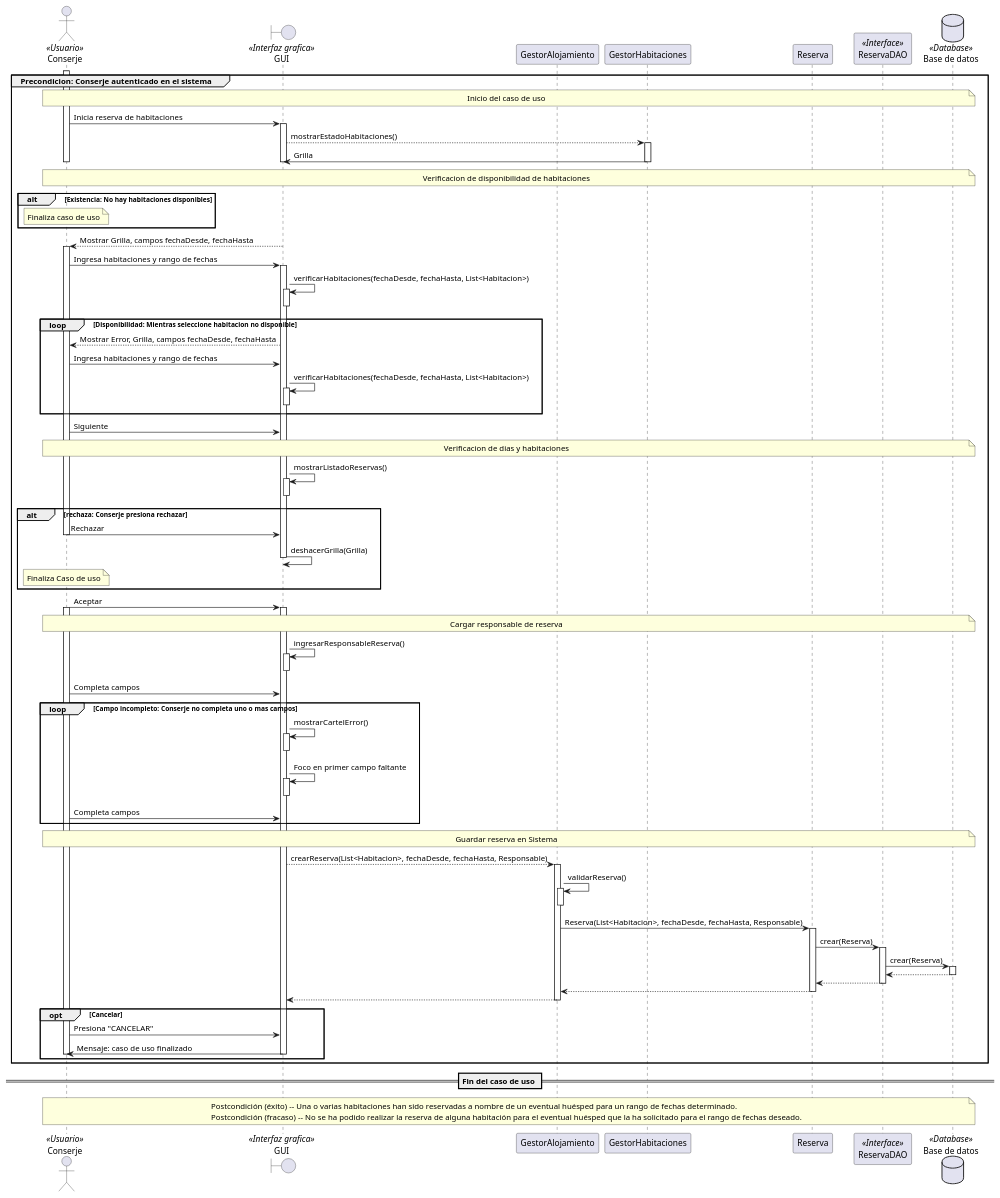
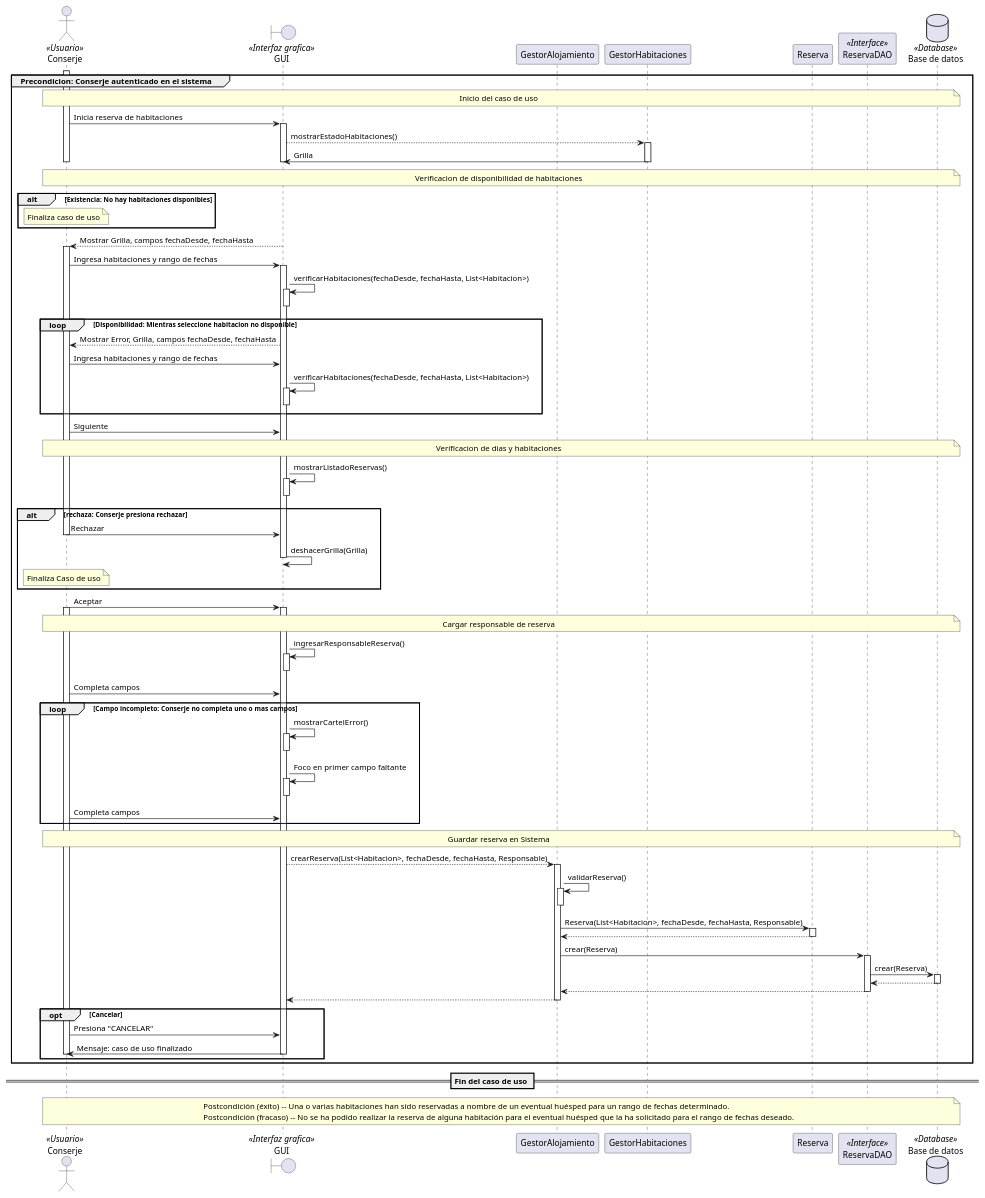
Before and after one commit to mateopozzo/DeSo: the diagram in Diagramas/Diagramas de secuencia/Diagrama de secuencia CU04.puml, drawn with PlantUML. The commit also changed other lines of this file and 3 other files, not shown here.

Commit message:
Diagramas de secuencia y Diagrama de clase ya corregido

```diff
--- a/Diagramas/Diagramas de secuencia/Diagrama de secuencia CU04.puml
+++ b/Diagramas/Diagramas de secuencia/Diagrama de secuencia CU04.puml
@@ -2,113 +2,113 @@
 @startuml
 ' Actor y participantes
 actor "Conserje" as Conserje <<Usuario>>
 boundary "GUI" as UI <<Interfaz grafica>>
 participant "GestorAlojamiento" as Sistema
 participant "GestorHabitaciones" as Habitaciones
 participant "Reserva" as R
 participant "ReservaDAO" as RDAO <<Interface>>
 database "Base de datos" as Base <<Database>>
 
 ' Precondición
 group Precondicion: Conserje autenticado en el sistema
 
   note across: Inicio del caso de uso
   activate Conserje
   Conserje -> UI : Inicia reserva de habitaciones
   activate UI
   UI --> Habitaciones : mostrarEstadoHabitaciones()
   activate Habitaciones
   Habitaciones -> UI : Grilla
   deactivate Habitaciones
   
   note across: Verificacion de disponibilidad de habitaciones
   alt Existencia: No hay habitaciones disponibles
     deactivate Conserje 
     deactivate UI
     note over Conserje
       Finaliza caso de uso
     end note
   end
   
   UI --> Conserje : Mostrar Grilla, campos fechaDesde, fechaHasta
   activate Conserje
   Conserje -> UI : Ingresa habitaciones y rango de fechas
   activate UI
   UI -> UI : verificarHabitaciones(fechaDesde, fechaHasta, List<Habitacion>)
   activate UI
   deactivate UI
   loop Disponibilidad: Mientras seleccione habitacion no disponible
     UI --> Conserje : Mostrar Error, Grilla, campos fechaDesde, fechaHasta
     Conserje -> UI : Ingresa habitaciones y rango de fechas
     UI -> UI : verificarHabitaciones(fechaDesde, fechaHasta, List<Habitacion>)
     activate UI
     deactivate UI
   end
   Conserje -> UI : Siguiente
   
   note across: Verificacion de dias y habitaciones
   UI -> UI : mostrarListadoReservas()
   activate UI
   deactivate UI
   alt rechaza: Conserje presiona rechazar
     Conserje -> UI : Rechazar
     deactivate Conserje 
     UI -> UI : deshacerGrilla(Grilla)
     deactivate UI
     note over Conserje
       Finaliza Caso de uso
     end note
   end
   Conserje -> UI : Aceptar
   activate Conserje 
   activate UI
   note across: Cargar responsable de reserva
   UI -> UI : ingresarResponsableReserva()
   activate UI
   deactivate UI
   Conserje -> UI : Completa campos
   loop Campo incompleto: Conserje no completa uno o mas campos
     UI -> UI : mostrarCartelError()
     activate UI
     deactivate UI
     UI -> UI : Foco en primer campo faltante
     activate UI
     deactivate UI
     Conserje -> UI : Completa campos
   end
   
   note across: Guardar reserva en Sistema
   UI --> Sistema : crearReserva(List<Habitacion>, fechaDesde, fechaHasta, Responsable)
   activate Sistema
   Sistema -> Sistema : validarReserva()
   activate Sistema
   deactivate Sistema 
   Sistema -> R : Reserva(List<Habitacion>, fechaDesde, fechaHasta, Responsable)
   activate R
-  R -> RDAO : crear(Reserva)
+  R-->Sistema
+  deactivate R
+  Sistema -> RDAO : crear(Reserva)
   activate RDAO
   RDAO -> Base : crear(Reserva)
   activate Base
   Base  --> RDAO
   deactivate Base
-  RDAO --> R
+  RDAO --> Sistema
   deactivate RDAO
-  R --> Sistema
-  deactivate R
   Sistema --> UI
   deactivate Sistema
   opt Cancelar
     Conserje -> UI : Presiona "CANCELAR"
     UI -> Conserje : Mensaje: caso de uso finalizado
     deactivate Conserje
     deactivate UI
   end
 end
 
 == Fin del caso de uso ==
 note across
   Postcondición (éxito) -- Una o varias habitaciones han sido reservadas a nombre de un eventual huésped para un rango de fechas determinado.
   Postcondición (fracaso) -- No se ha podido realizar la reserva de alguna habitación para el eventual huésped que la ha solicitado para el rango de fechas deseado.
 end note
 
 @enduml
```
